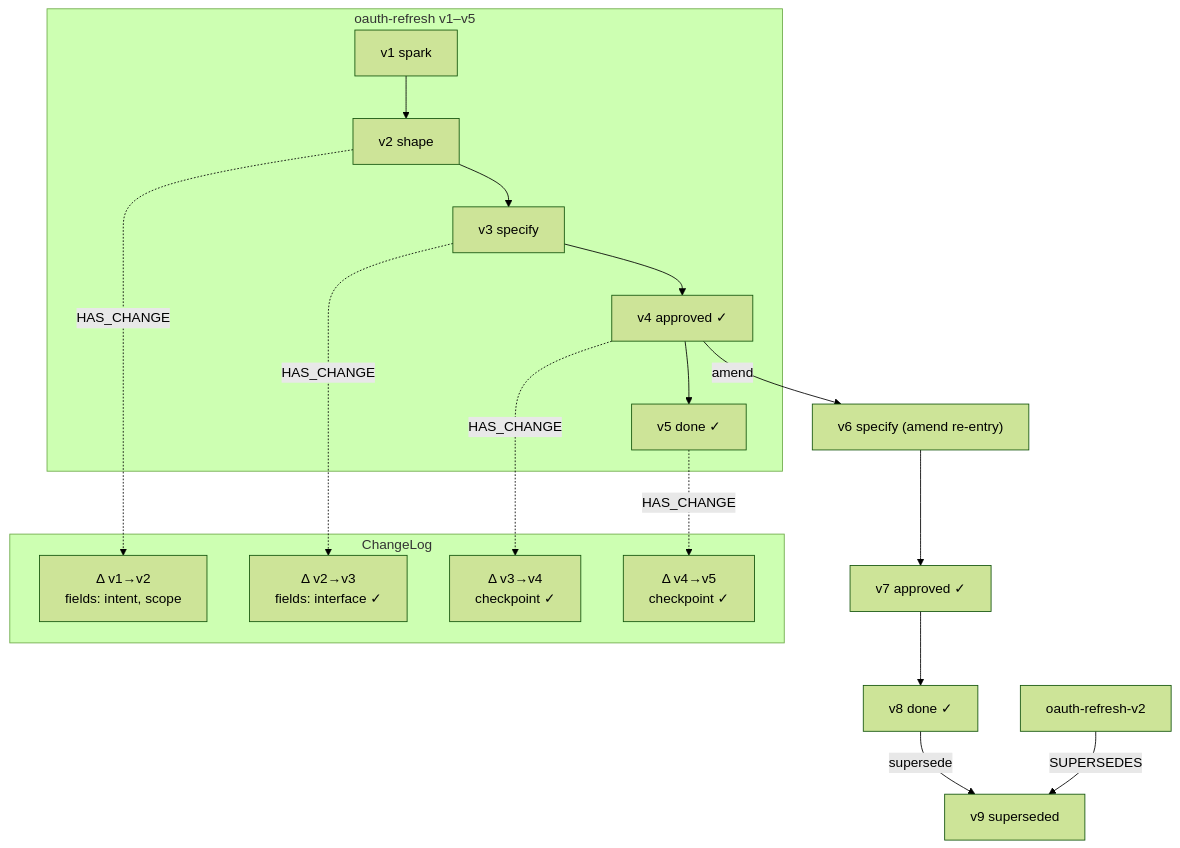
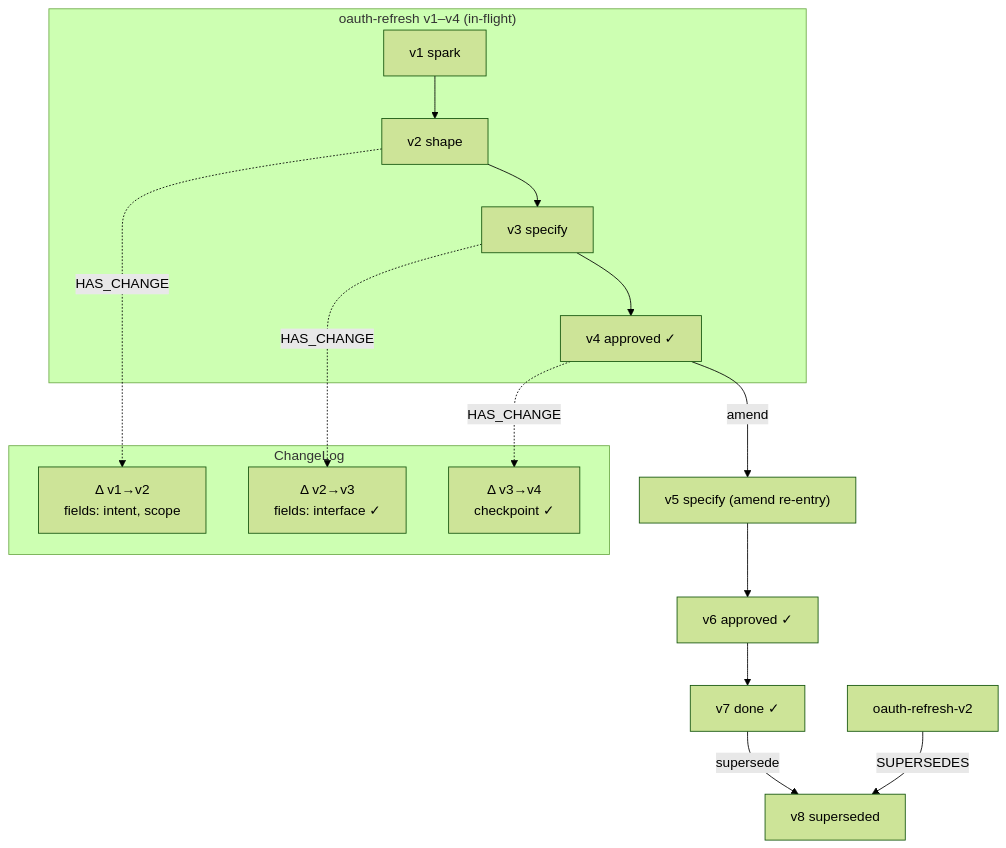
One commit to specgraph/specgraph changed the second of 2 diagrams in site/docs/concepts/specs.md. Above: the diagram before and after it, drawn with Mermaid (forest theme). The commit also changed other lines of this file and 4 other files, not shown here.

````diff
--- a/site/docs/concepts/specs.md
+++ b/site/docs/concepts/specs.md
@@ -153,28 +153,25 @@
 ```mermaid
 graph TD
-    subgraph Spec["oauth-refresh v1–v5"]
+    subgraph Spec["oauth-refresh v1–v4 (in-flight)"]
         V1["v1 spark"] --> V2["v2 shape"]
         V2 --> V3["v3 specify"]
         V3 --> V4["v4 approved ✓"]
-        V4 --> V5["v5 done ✓"]
     end
 
     subgraph CL["ChangeLog"]
         C1["Δ v1→v2<br/>fields: intent, scope"]
         C2["Δ v2→v3<br/>fields: interface ✓"]
         C3["Δ v3→v4<br/>checkpoint ✓"]
-        C4["Δ v4→v5<br/>checkpoint ✓"]
     end
 
     V2 -.->|HAS_CHANGE| C1
     V3 -.->|HAS_CHANGE| C2
     V4 -.->|HAS_CHANGE| C3
-    V5 -.->|HAS_CHANGE| C4
 
-    V4 -->|amend| A["v6 specify (amend re-entry)"]
-    A --> V8["v7 approved ✓"]
-    V8 --> V9["v8 done ✓"]
+    V4 -->|amend| A["v5 specify (amend re-entry)"]
+    A --> V8["v6 approved ✓"]
+    V8 --> V9["v7 done ✓"]
 
-    V9 -->|supersede| S["v9 superseded"]
+    V9 -->|supersede| S["v8 superseded"]
     NEW["oauth-refresh-v2"] -->|SUPERSEDES| S
 ```
````
